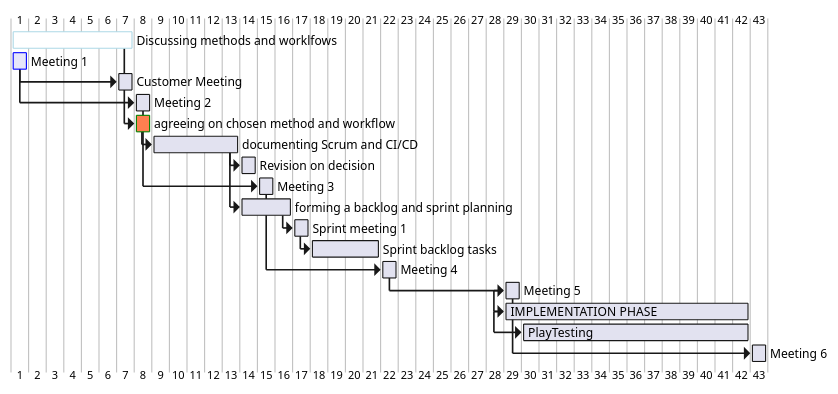
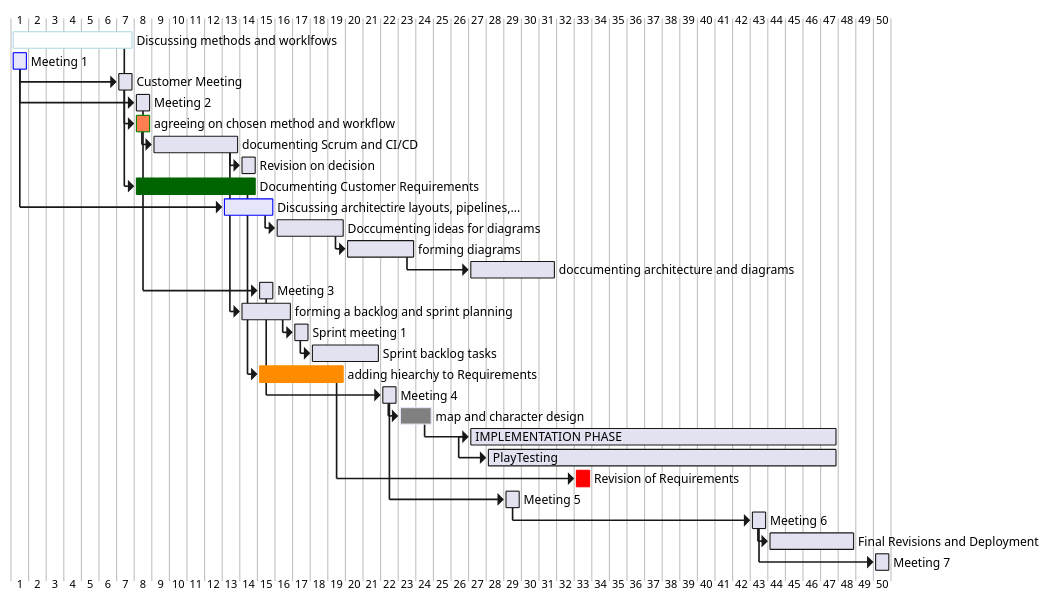
Before and after one commit to MattHoll26/Engineering-1: the diagram in Gantt_charts/timeline.pu, drawn with PlantUML. The commit also changed 2 other files, not shown here.

Commit message:
Gantt chart is finished -Ahmet Abdulhamit

```diff
--- a/Gantt_charts/timeline.pu
+++ b/Gantt_charts/timeline.pu
@@ -1,30 +1,69 @@
 @startgantt
-'25th September - 1st October (Week1)
+'24th September - 1st October (Week1)
 [Discussing methods and worklfows] lasts 7 days and is colored in lavendar/LightBlue
 [Meeting 1] lasts 1 days and is colored in Lavender/Blue
 [Customer Meeting] lasts 1 days and starts 5 days after [Meeting 1]'s end
 
+
+
+
 '1st - 8th October (Week2)
 [Meeting 2] lasts 1 days and starts 6 days after [Meeting 1]'s end
+
 [agreeing on chosen method and workflow] lasts 1 days and is colored in Coral/Green and starts 0 days after [Discussing methods and worklfows]'s end
 [documenting Scrum and CI/CD] lasts 5 days and starts at [agreeing on chosen method and workflow]'s end
 [Revision on decision] lasts 1 days and starts after [documenting Scrum and CI/CD]'s end
+[Documenting Customer Requirements] lasts 7 days and is colored in DarkGreen and starts 0 days after [Customer Meeting]'s end
+
+[Discussing architectire layouts, pipelines,...] lasts 3 days and is colored in Lavender/Blue and starts 11 days after [Meeting 1]'s end
+
 
 '8th - 15th October (Week3)
+
+[Doccumenting ideas for diagrams] lasts 4 days and starts 0 days after [Discussing architectire layouts, pipelines,...]'s end
+[forming diagrams] lasts 4 days and starts 0 days after [Doccumenting ideas for diagrams]'s end
+[doccumenting architecture and diagrams] lasts 5 days and starts 3 days after [forming diagrams]'s end
+
 [Meeting 3] lasts 1 days and starts 6 days after [Meeting 2]'s end
 [forming a backlog and sprint planning] lasts 3 days and starts after [documenting Scrum and CI/CD]'s end
 [Sprint meeting 1] lasts 1 days and starts after [forming a backlog and sprint planning]'s end
+
 [Sprint backlog tasks] lasts 4 days and starts after [Sprint meeting 1]'s end
+
+[adding hiearchy to Requirements] lasts 5 days and is colored in DarkOrange and starts 0 days after [Documenting Customer Requirements]'s end
+
 
 '15th - 22nd October (Week4)
 [Meeting 4] lasts 1 days and starts 6 days after [Meeting 3]'s end
 
-'22nd October - 4th November (Week5&R)
+[map and character design] lasts 2 days and is colored in Grey/Lavender and starts 0 days after [Meeting 4]'s end
+
+
+
+'22nd October - 5th November (Week5&R)
+
+
+[IMPLEMENTATION PHASE] lasts 21 days and starts 2 days after [map and character design]'s end
+[PlayTesting] lasts 20 days and starts 1 days after [IMPLEMENTATION PHASE]'s start
+[Revision of Requirements] lasts 1 days and is colored in Red and starts 13 days after [adding hiearchy to Requirements]'s end
+
 [Meeting 5] lasts 1 days and starts 6 days after [Meeting 4]'s end
-[IMPLEMENTATION PHASE] lasts 14 days and starts after [Meeting 5]'s start
-[PlayTesting] lasts 13 days and starts 1 days after [IMPLEMENTATION PHASE]'s start
+
+
+'[doccumenting architecture and diagrams] lasts 5 days and starts 3 days after [forming diagrams]'s end
+
+
 
 '5th - 11th November (Week6)
 [Meeting 6] lasts 1 days and starts 13 days after [Meeting 5]'s end
+[Final Revisions and Deployment] lasts 5 days and starts after [Meeting 6]'s end
+
+
+
+
+
+'11th - 12th November (End of Assessment part 1)
+[Meeting 7] lasts 1 days and starts 6 days after [Meeting 6]'s end
+
 
 @endgantt
```
